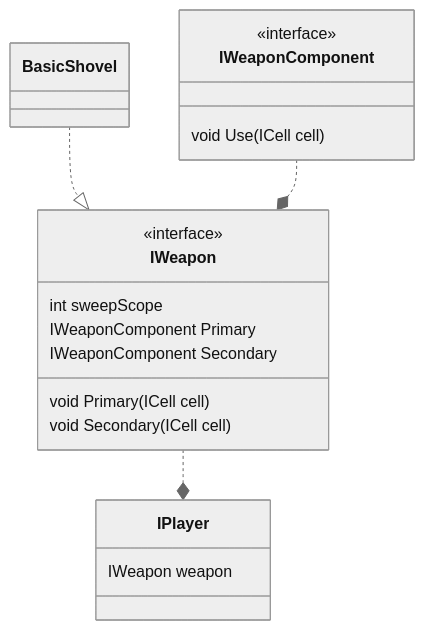
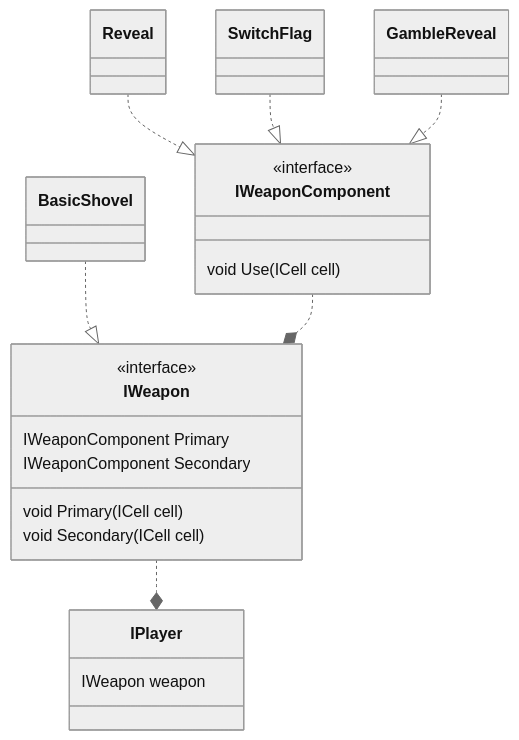
Before and after one commit to SnekTech/mine-sweeper-rogue: the ninth of 11 diagrams in README.md, drawn with Mermaid. The commit also changed 6 other files, not shown here.

````diff
--- a/README.md
+++ b/README.md
@@ -295,29 +295,36 @@
 ```mermaid
 %%{init: {'theme':'neutral'}}%%
 classDiagram
     class IWeapon{
         <<interface>>
-        int sweepScope
         IWeaponComponent Primary
         IWeaponComponent Secondary
         
         void Primary(ICell cell)
         void Secondary(ICell cell)
     }
     
     class IWeaponComponent {
         <<interface>>
         void Use(ICell cell)
     }
     
+    class Reveal
+    class SwitchFlag
+    class GambleReveal
+    
+    Reveal ..|> IWeaponComponent
+    SwitchFlag ..|> IWeaponComponent
+    GambleReveal ..|> IWeaponComponent
+    
     class IPlayer {
         IWeapon weapon
     }
     
     class BasicShovel
     
     BasicShovel ..|> IWeapon
     
     IWeapon ..* IPlayer
     IWeaponComponent ..* IWeapon
 ```
````
